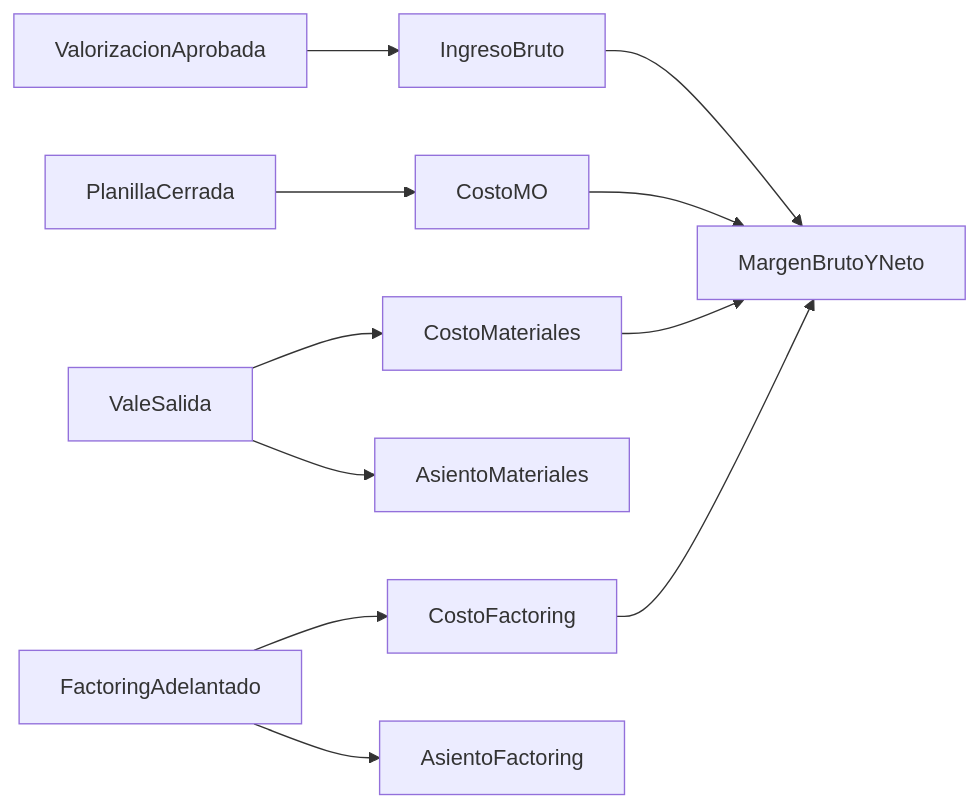
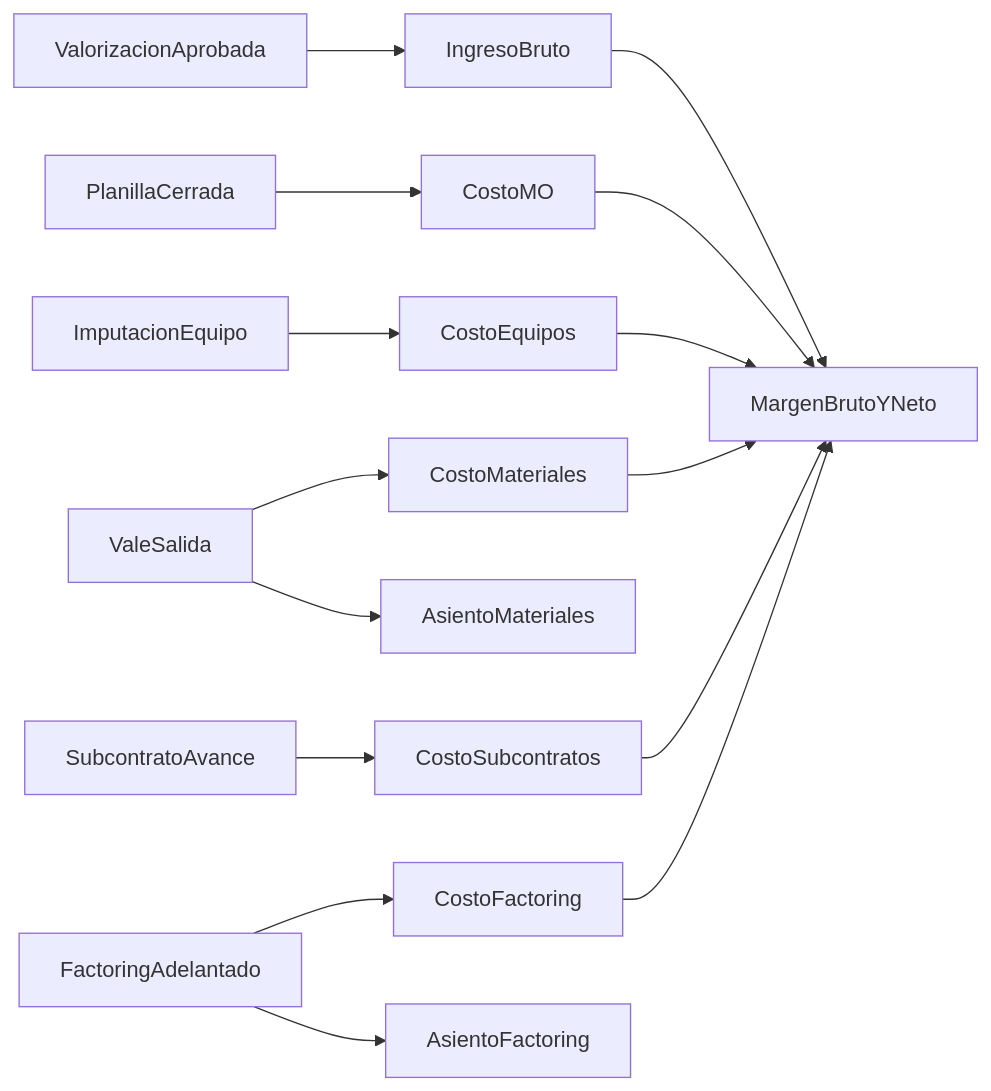
One commit to foreverLilRed/Convecsa-ERP changed the sixth of 7 diagrams in docs/proyectos/seguimiento-proyectos.md. Above: the diagram before and after it, drawn with Mermaid. The commit also changed other lines of this file and 44 other files, not shown here.

````diff
--- a/docs/proyectos/seguimiento-proyectos.md
+++ b/docs/proyectos/seguimiento-proyectos.md
@@ -453,13 +466,17 @@
 ```mermaid
 flowchart LR
   ValAprobada[ValorizacionAprobada] --> Ingreso[IngresoBruto]
   Planilla[PlanillaCerrada] --> CostoMO[CostoMO]
   Vale[ValeSalida] --> CostoMat[CostoMateriales]
+  ImpEq[ImputacionEquipo] --> CostoEq[CostoEquipos]
+  AvSub[SubcontratoAvance] --> CostoSub[CostoSubcontratos]
   Adelanto[FactoringAdelantado] --> CostoFin[CostoFactoring]
   Ingreso --> Margen[MargenBrutoYNeto]
   CostoMO --> Margen
   CostoMat --> Margen
+  CostoEq --> Margen
+  CostoSub --> Margen
   CostoFin --> Margen
   Vale --> AsientoMat[AsientoMateriales]
   Adelanto --> AsientoFact[AsientoFactoring]
 ```
````
